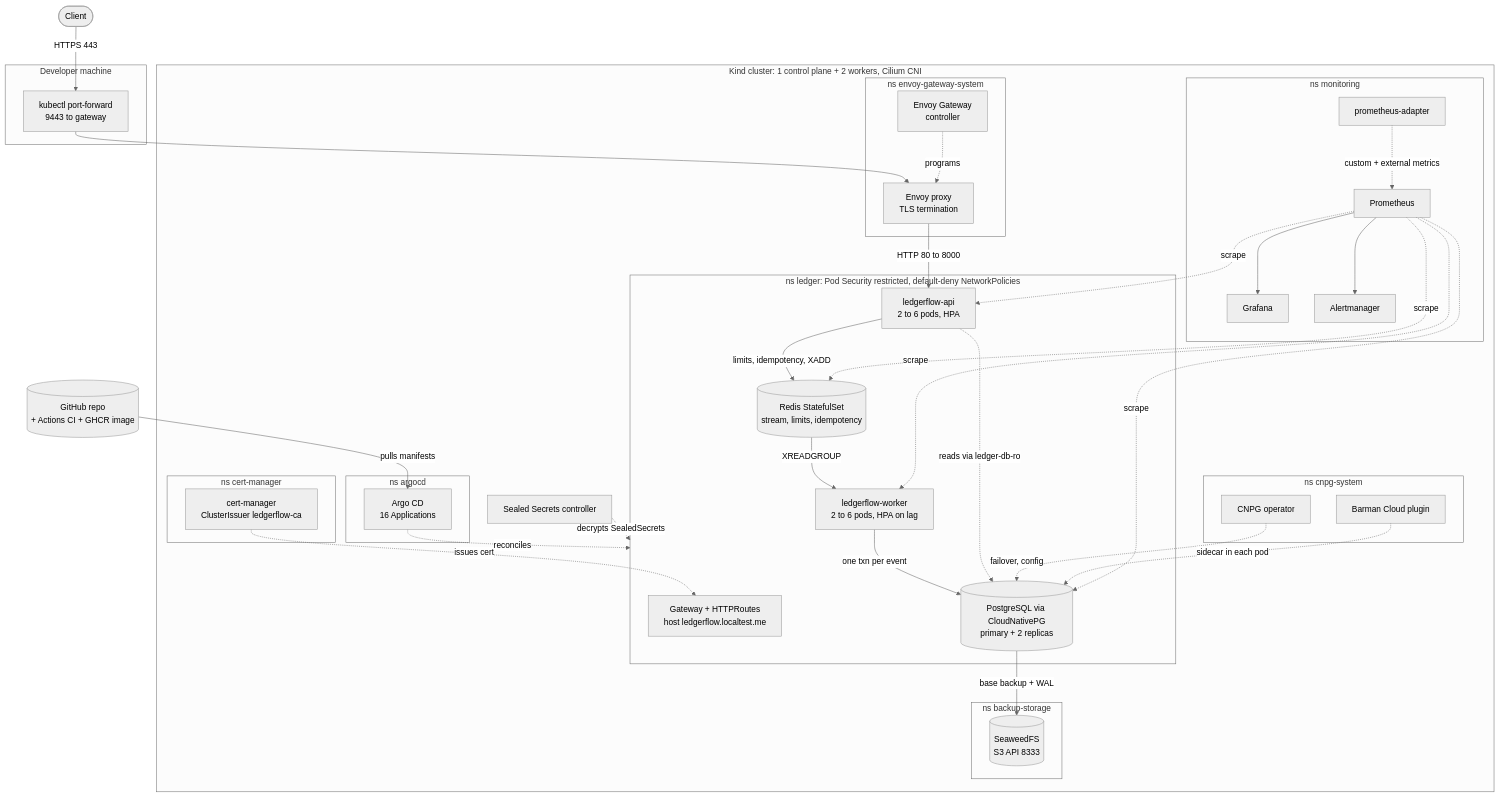
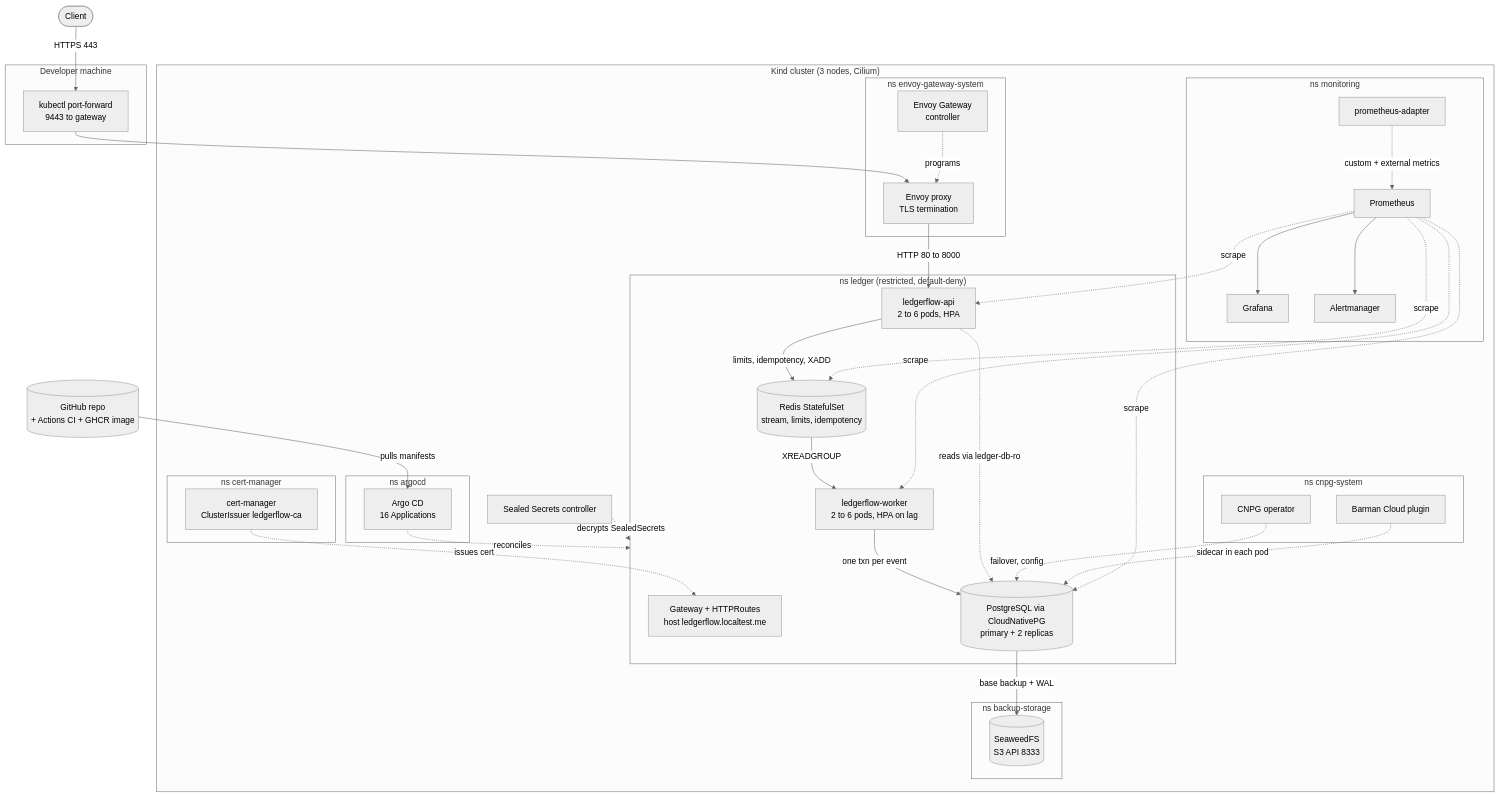
Before and after one commit to geve-ops/ledgerflow: the first of 4 diagrams in docs/architecture.md, drawn with Mermaid (neutral theme). The commit also changed other lines of this file and 12 other files, not shown here.

Commit message:
Add rendered architecture diagrams (SVG + PNG) and show the architecture picture in the README

````diff
--- a/docs/architecture.md
+++ b/docs/architecture.md
@@ -182,76 +189,76 @@
 ```mermaid
 flowchart TB
     client(["Client"])
 
     subgraph host ["Developer machine"]
         pf["kubectl port-forward<br/>9443 to gateway"]
     end
 
-    subgraph cluster ["Kind cluster: 1 control plane + 2 workers, Cilium CNI"]
+    subgraph cluster ["Kind cluster (3 nodes, Cilium)"]
         subgraph egw ["ns envoy-gateway-system"]
             gwc["Envoy Gateway<br/>controller"]
             proxy["Envoy proxy<br/>TLS termination"]
         end
 
         subgraph cm ["ns cert-manager"]
             certm["cert-manager<br/>ClusterIssuer ledgerflow-ca"]
         end
 
-        subgraph app ["ns ledger: Pod Security restricted, default-deny NetworkPolicies"]
+        subgraph app ["ns ledger (restricted, default-deny)"]
             gw["Gateway + HTTPRoutes<br/>host ledgerflow.localtest.me"]
             api["ledgerflow-api<br/>2 to 6 pods, HPA"]
             worker["ledgerflow-worker<br/>2 to 6 pods, HPA on lag"]
             redis[("Redis StatefulSet<br/>stream, limits, idempotency")]
             pg[("PostgreSQL via CloudNativePG<br/>primary + 2 replicas")]
         end
 
         subgraph cnpgns ["ns cnpg-system"]
             op["CNPG operator"]
             barman["Barman Cloud plugin"]
         end
 
         subgraph bs ["ns backup-storage"]
             s3[("SeaweedFS<br/>S3 API 8333")]
         end
 
         subgraph mon ["ns monitoring"]
             prom["Prometheus"]
             graf["Grafana"]
             am["Alertmanager"]
             adapter["prometheus-adapter"]
         end
 
         subgraph gitops ["ns argocd"]
             argo["Argo CD<br/>16 Applications"]
         end
 
         ss["Sealed Secrets controller"]
     end
 
     github[("GitHub repo<br/>+ Actions CI + GHCR image")]
 
     client -->|"HTTPS 443"| pf
     pf --> proxy
     gwc -.->|"programs"| proxy
     certm -.->|"issues cert"| gw
     proxy -->|"HTTP 80 to 8000"| api
     api -->|"limits, idempotency, XADD"| redis
     redis -->|"XREADGROUP"| worker
     worker -->|"one txn per event"| pg
     api -.->|"reads via ledger-db-ro"| pg
     op -.->|"failover, config"| pg
     pg -->|"base backup + WAL"| s3
     barman -.->|"sidecar in each pod"| pg
 
     prom -.->|"scrape"| api
     prom -.->|"scrape"| worker
     prom -.->|"scrape"| redis
     prom -.->|"scrape"| pg
     prom --> graf
     prom --> am
     adapter -.->|"custom + external metrics"| prom
 
     github -->|"pulls manifests"| argo
     argo -.->|"reconciles"| app
     ss -.->|"decrypts SealedSecrets"| app
 ```
````
